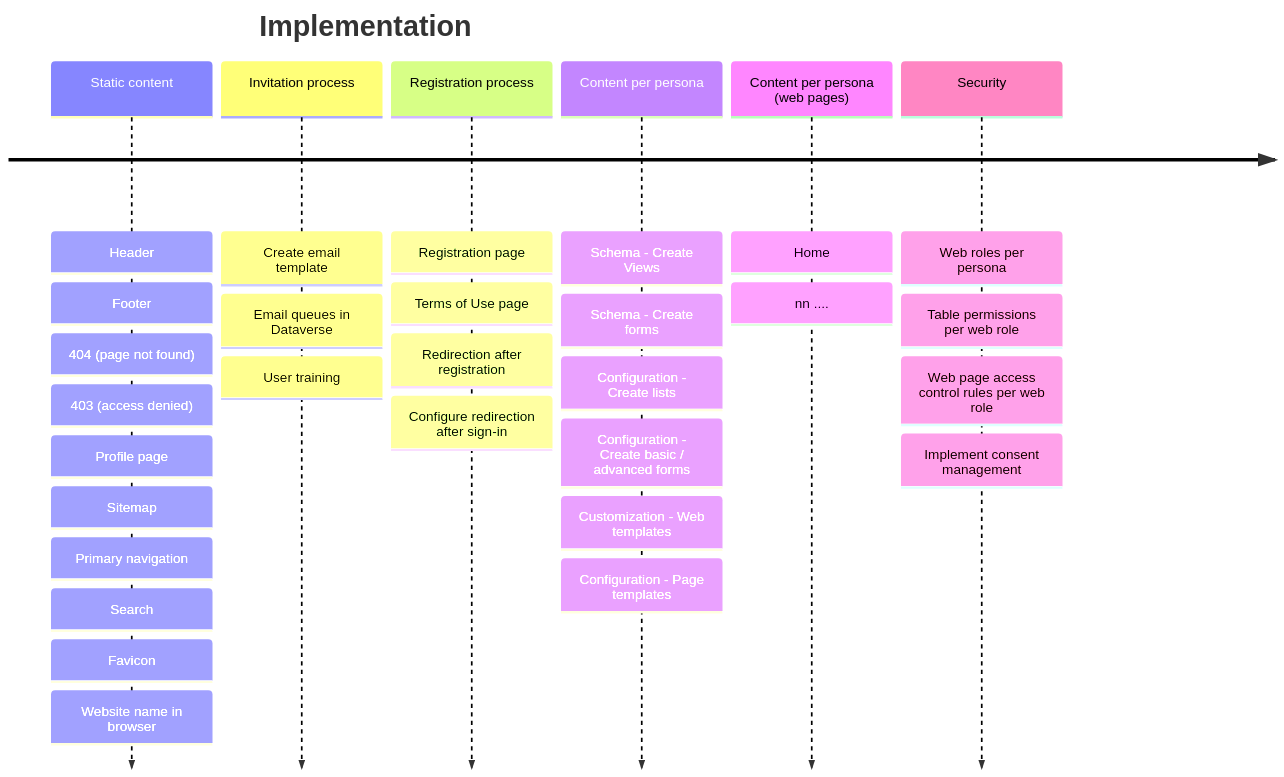
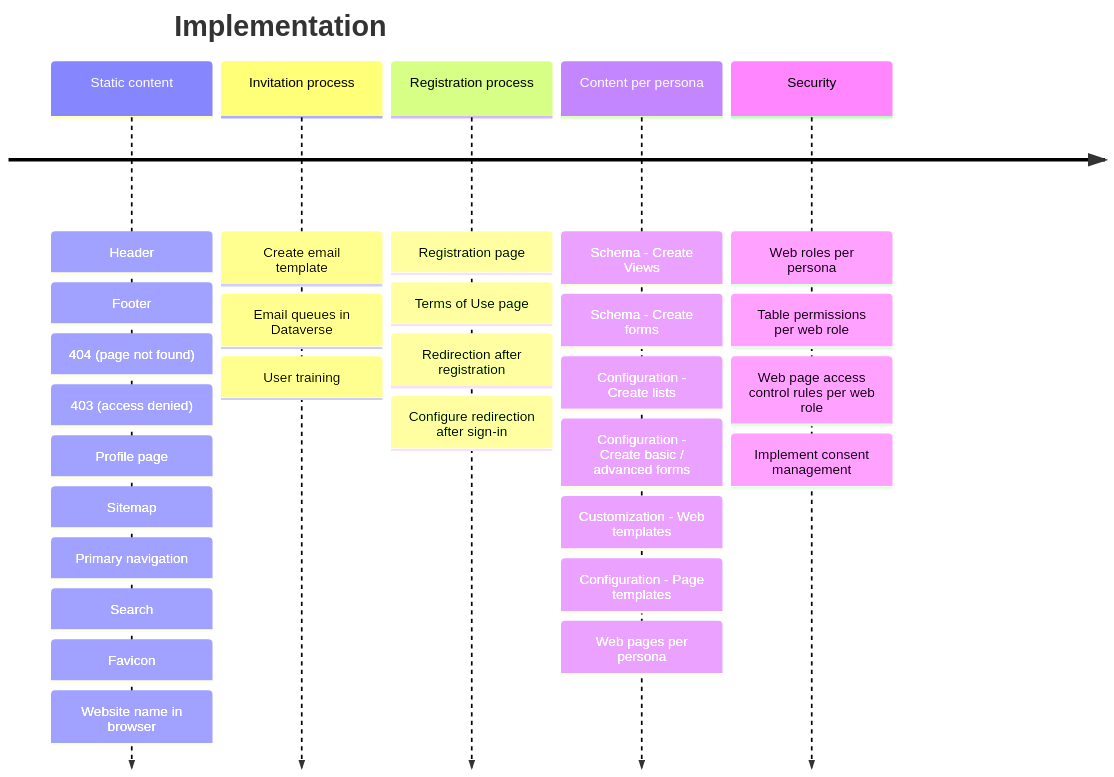
The diagram in docs/03-Implementation/index.md (TinoRabe/3pm), drawn with Mermaid before and after one commit. The commit also changed other lines of this file and 6 other files, not shown here.

````diff
--- a/docs/03-Implementation/index.md
+++ b/docs/03-Implementation/index.md
@@ -8,10 +8,9 @@
 ```mermaid
 timeline
 title Implementation
     Static content : Header : Footer : 404 (page not found) : 403 (access denied) : Profile page : Sitemap : Primary navigation : Search : Favicon : Website name in browser
     Invitation process : Create email template : Email queues in Dataverse : User training
     Registration process : Registration page : Terms of Use page : Redirection after registration : Configure redirection after sign-in
-    Content per persona : Schema - Create Views : Schema - Create forms : Configuration - Create lists : Configuration - Create basic / advanced forms : Customization - Web templates : Configuration - Page templates
-    Content per persona (web pages) : Home : nn ....
+    Content per persona : Schema - Create Views : Schema - Create forms : Configuration - Create lists : Configuration - Create basic / advanced forms : Customization - Web templates : Configuration - Page templates :  Web pages per persona
     Security : Web roles per persona : Table permissions per web role : Web page access control rules per web role : Implement consent management    
 ```
````
